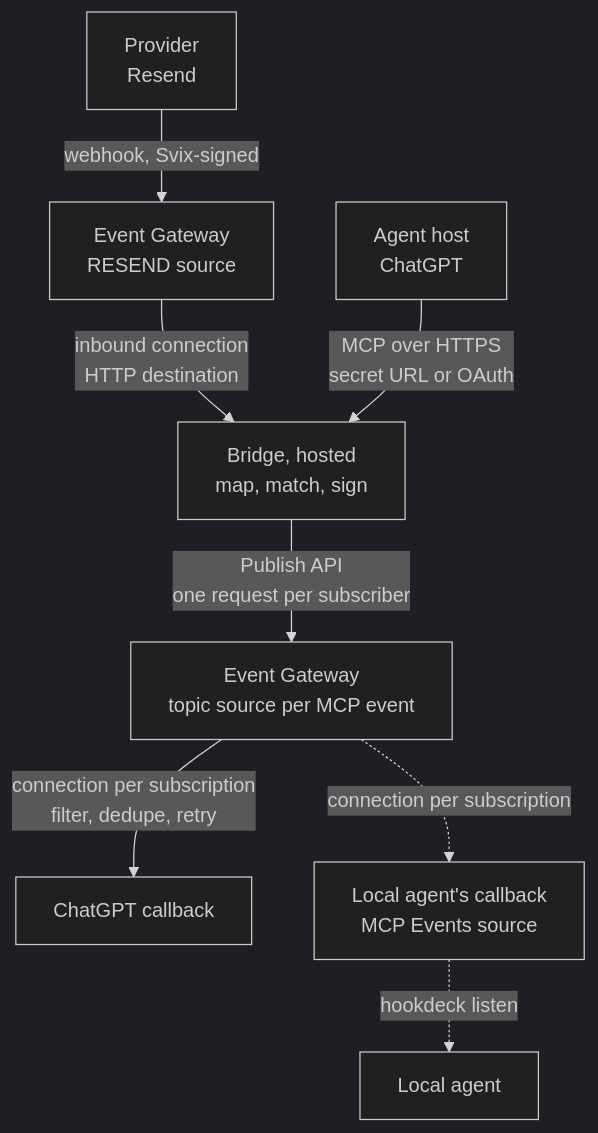
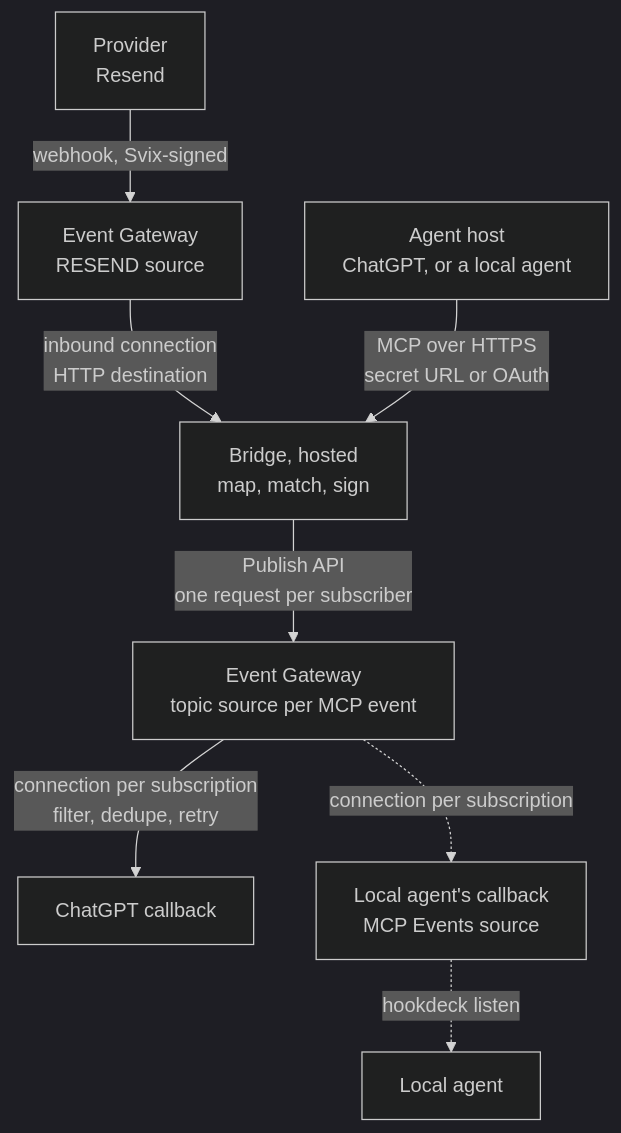
One commit to hookdeck/mcp-events-bridge changed the diagram in docs/ARCHITECTURE.md. Above: the diagram before and after it, drawn with Mermaid (dark theme). The commit also changed other lines of this file and 3 other files, not shown here.

First line of the commit message:
Docs: bring plan and architecture up to date for local agents

````diff
--- a/docs/ARCHITECTURE.md
+++ b/docs/ARCHITECTURE.md
@@ -38,10 +38,10 @@
 ```mermaid
 flowchart TB
     P["Provider<br>Resend"] -- "webhook, Svix-signed" --> SRC["Event Gateway<br>RESEND source"]
     SRC -- "inbound connection<br>HTTP destination" --> B["Bridge, hosted<br>map, match, sign"]
     B -- "Publish API<br>one request per subscriber" --> T["Event Gateway<br>topic source per MCP event"]
     T -- "connection per subscription<br>filter, dedupe, retry" --> CG["ChatGPT callback"]
     T -. "connection per subscription" .-> HS["Local agent's callback<br>MCP Events source"]
     HS -. "hookdeck listen" .-> LA["Local agent"]
-    AG["Agent host<br>ChatGPT"] -- "MCP over HTTPS<br>secret URL or OAuth" --> B
+    AG["Agent host<br>ChatGPT, or a local agent"] -- "MCP over HTTPS<br>secret URL or OAuth" --> B
 ```
````
